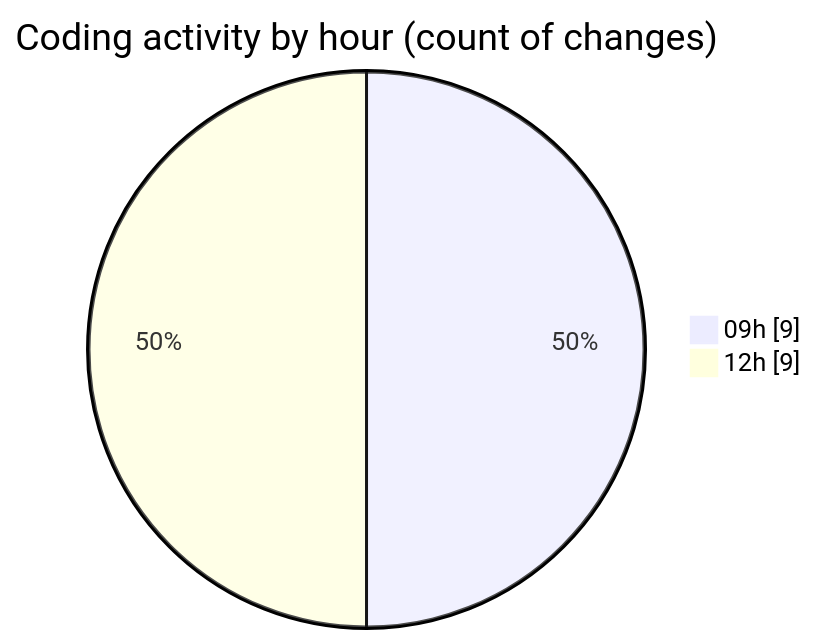
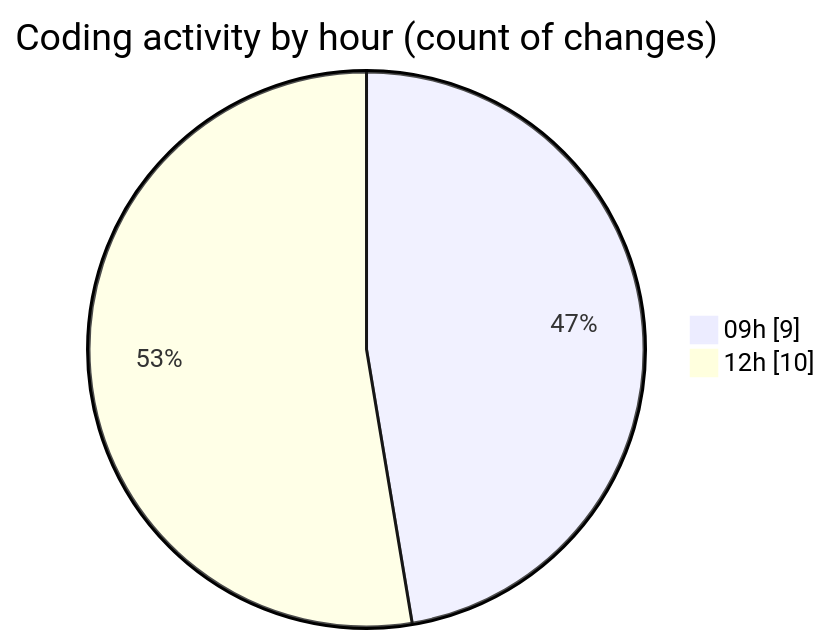
Before and after one commit to LanceThiago/code-tracking: the second of 2 diagrams in 2026-09-14/web/README.md, drawn with Mermaid. The commit also changed other lines of this file and 1 other file, not shown here.

````diff
--- a/2026-09-14/web/README.md
+++ b/2026-09-14/web/README.md
@@ -29,6 +29,6 @@
 ```mermaid
 pie showData
 title Coding activity by hour (count of changes)
 "09h" : 9
-"12h" : 9
+"12h" : 10
 ```
````
